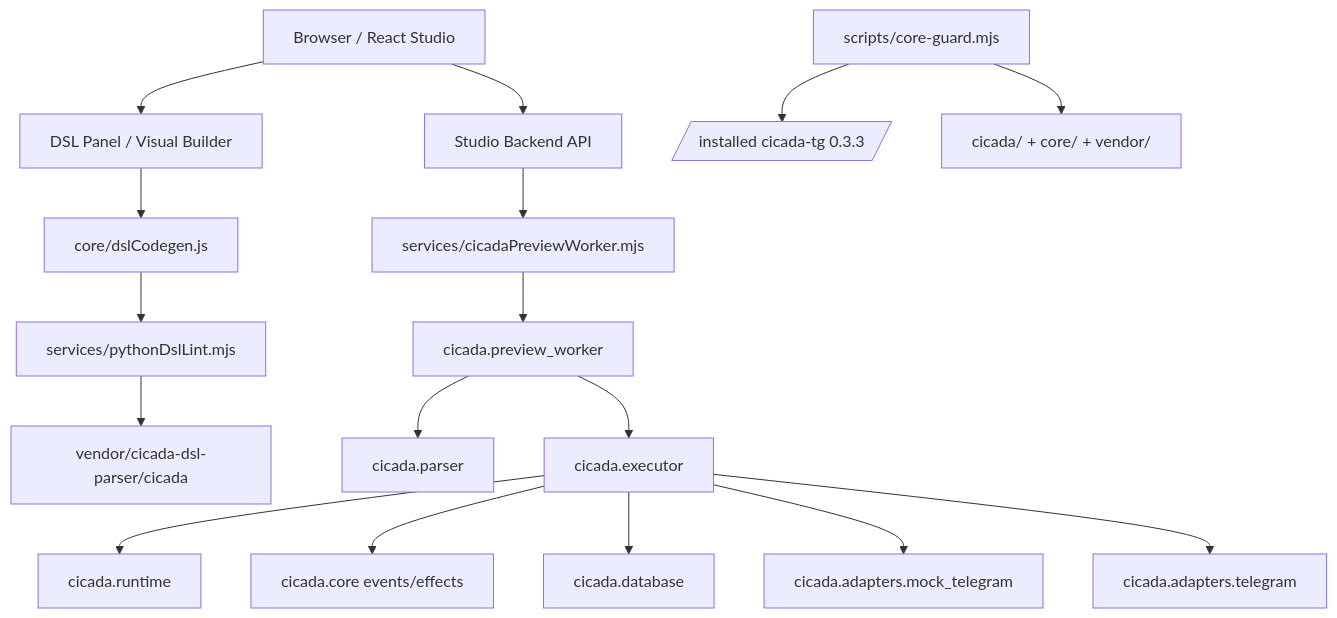
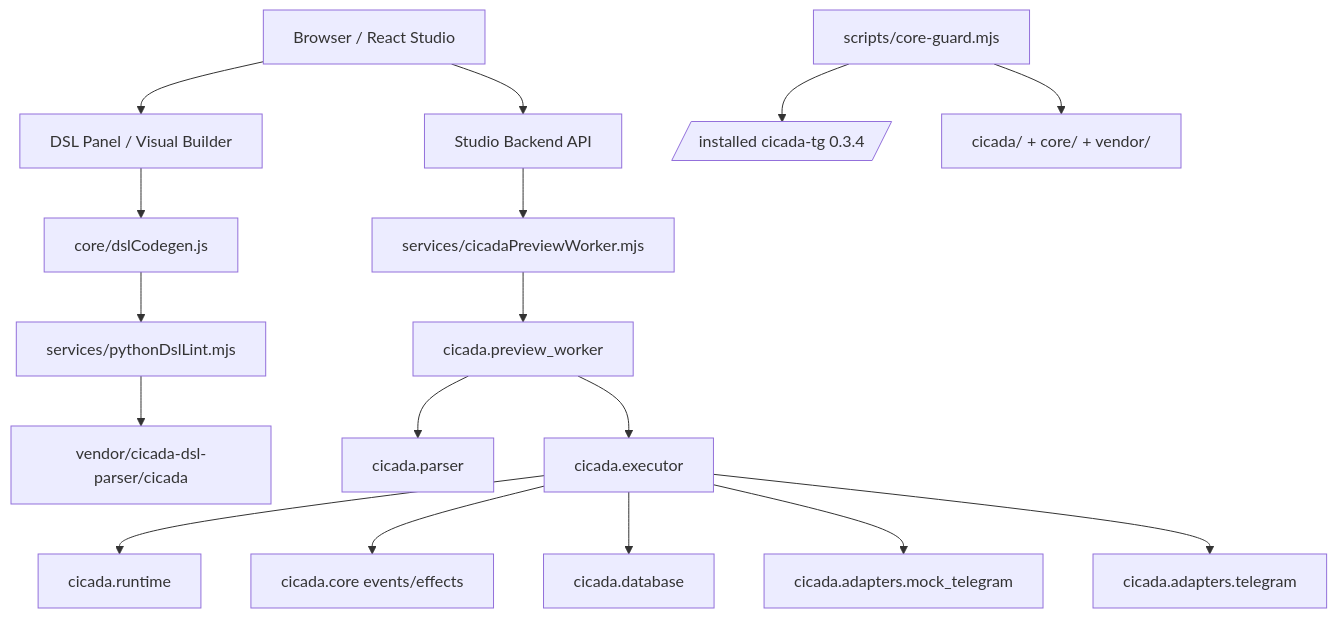
The diagram in docs/dependency-graph.md (Cicadadenis/studio-cicada), drawn with Mermaid before and after one commit. The commit also changed other lines of this file and 47 other files, not shown here.

````diff
--- a/docs/dependency-graph.md
+++ b/docs/dependency-graph.md
@@ -5,19 +5,19 @@
 ```mermaid
 flowchart TD
   Browser[Browser / React Studio] --> API[Studio Backend API]
   Browser --> DSL[DSL Panel / Visual Builder]
   DSL --> Codegen[core/dslCodegen.js]
   Codegen --> Lint[services/pythonDslLint.mjs]
   Lint --> VendorParser[vendor/cicada-dsl-parser/cicada]
   API --> PreviewClient[services/cicadaPreviewWorker.mjs]
   PreviewClient --> PreviewWorker[cicada.preview_worker]
   PreviewWorker --> Parser[cicada.parser]
   PreviewWorker --> Executor[cicada.executor]
   Executor --> Runtime[cicada.runtime]
   Executor --> CoreEvents[cicada.core events/effects]
   Executor --> DB[cicada.database]
   Executor --> MockAdapter[cicada.adapters.mock_telegram]
   Executor --> TelegramAdapter[cicada.adapters.telegram]
-  CoreGuard[scripts/core-guard.mjs] --> InstalledCore[/installed cicada-tg 0.3.3/]
+  CoreGuard[scripts/core-guard.mjs] --> InstalledCore[/installed cicada-tg 0.3.4/]
   CoreGuard --> LocalCore[cicada/ + core/ + vendor/]
 ```
````
